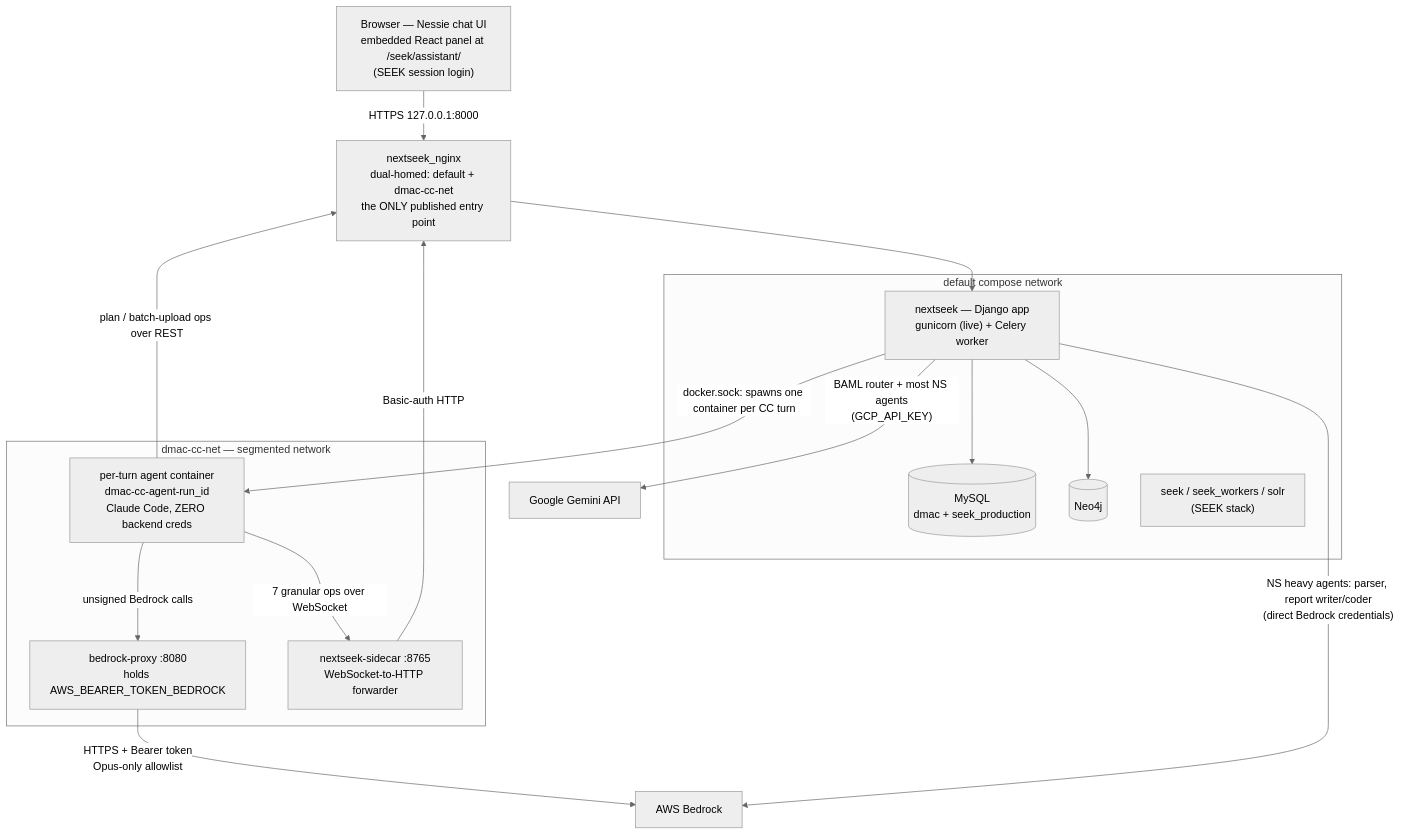
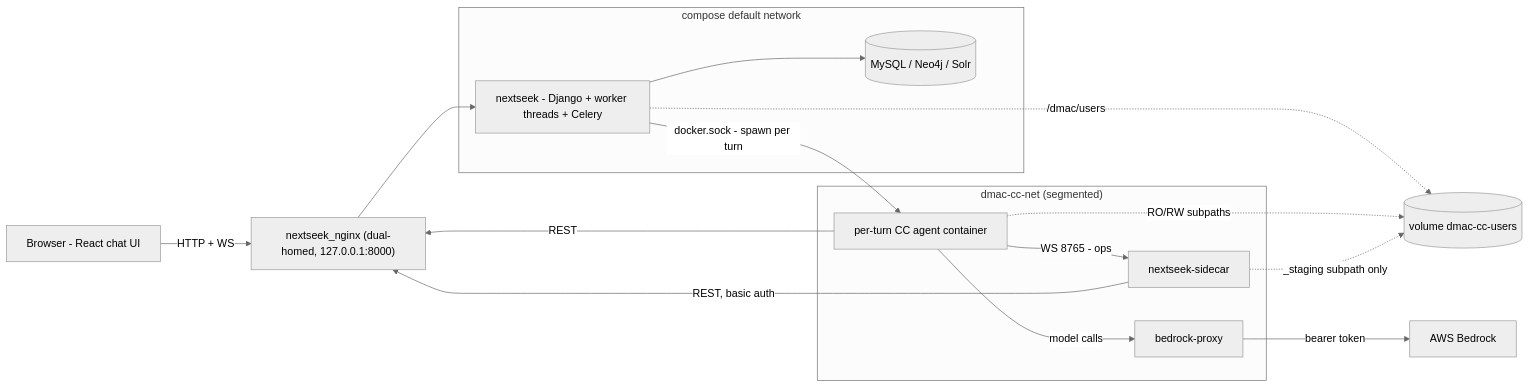
One commit to BioMicroCenter/NExtSEEK changed the first of 4 diagrams in architecture.md. Above: the diagram before and after it, drawn with Mermaid (neutral theme). The commit also changed other lines of this file, not shown here.

First line of the commit message:
docs(assistant): rewrite Nessie architecture.md from verified in-scope research

````diff
--- a/architecture.md
+++ b/architecture.md
@@ -11,30 +23,28 @@
 ```mermaid
-flowchart TD
-    Browser["Browser — Nessie chat UI<br/>embedded React panel at /seek/assistant/<br/>(SEEK session login)"] -->|"HTTPS 127.0.0.1:8000"| NGINX
-    NGINX["nextseek_nginx<br/>dual-homed: default + dmac-cc-net<br/>the ONLY published entry point"]
-
-    subgraph DEFAULTNET["default compose network"]
-        DJ["nextseek — Django app<br/>gunicorn (live) + Celery worker"]
-        DB[("MySQL<br/>dmac + seek_production")]
-        NEO[("Neo4j")]
-        SEEK["seek / seek_workers / solr<br/>(SEEK stack)"]
+flowchart LR
+    B["Browser - React chat UI"]
+    NG["nextseek_nginx (dual-homed, 127.0.0.1:8000)"]
+    subgraph DEF["compose default network"]
+        DJ["nextseek - Django + worker threads + Celery"]
+        DS[("MySQL / Neo4j / Solr")]
     end
-
-    subgraph CCNET["dmac-cc-net — segmented network"]
-        AGENT["per-turn agent container<br/>dmac-cc-agent-run_id<br/>Claude Code, ZERO backend creds"]
-        PROXY["bedrock-proxy :8080<br/>holds AWS_BEARER_TOKEN_BEDROCK"]
-        SIDE["nextseek-sidecar :8765<br/>WebSocket-to-HTTP forwarder"]
+    subgraph CC["dmac-cc-net (segmented)"]
+        AG["per-turn CC agent container"]
+        SC["nextseek-sidecar"]
+        BP["bedrock-proxy"]
     end
-
-    NGINX --> DJ
-    DJ --> DB
-    DJ --> NEO
-    DJ -->|"docker.sock: spawns one container per CC turn"| AGENT
-    AGENT -->|"unsigned Bedrock calls"| PROXY
-    PROXY -->|"HTTPS + Bearer token<br/>Opus-only allowlist"| BEDROCK["AWS Bedrock"]
-    AGENT -->|"7 granular ops over WebSocket"| SIDE
-    SIDE -->|"Basic-auth HTTP"| NGINX
-    AGENT -->|"plan / batch-upload ops over REST"| NGINX
-    DJ -->|"BAML router + most NS agents<br/>(GCP_API_KEY)"| GEMINI["Google Gemini API"]
-    DJ -->|"NS heavy agents: parser, report writer/coder<br/>(direct Bedrock credentials)"| BEDROCK
+    AWS["AWS Bedrock"]
+    VOL[("volume dmac-cc-users")]
+    B -->|"HTTP + WS"| NG
+    NG --> DJ
+    DJ --> DS
+    DJ -->|"docker.sock - spawn per turn"| AG
+    AG -->|"WS 8765 - ops"| SC
+    AG -->|"model calls"| BP
+    AG -->|"REST"| NG
+    SC -->|"REST, basic auth"| NG
+    BP -->|"bearer token"| AWS
+    DJ -.->|"/dmac/users"| VOL
+    AG -.->|"RO/RW subpaths"| VOL
+    SC -.->|"_staging subpath only"| VOL
 ```
````
